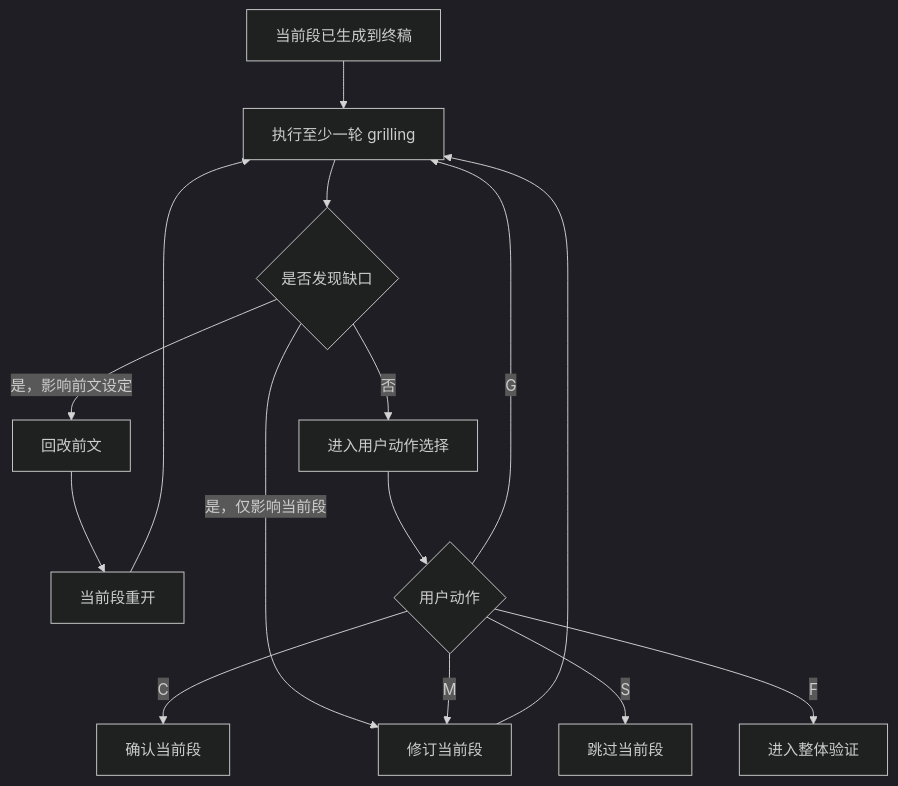
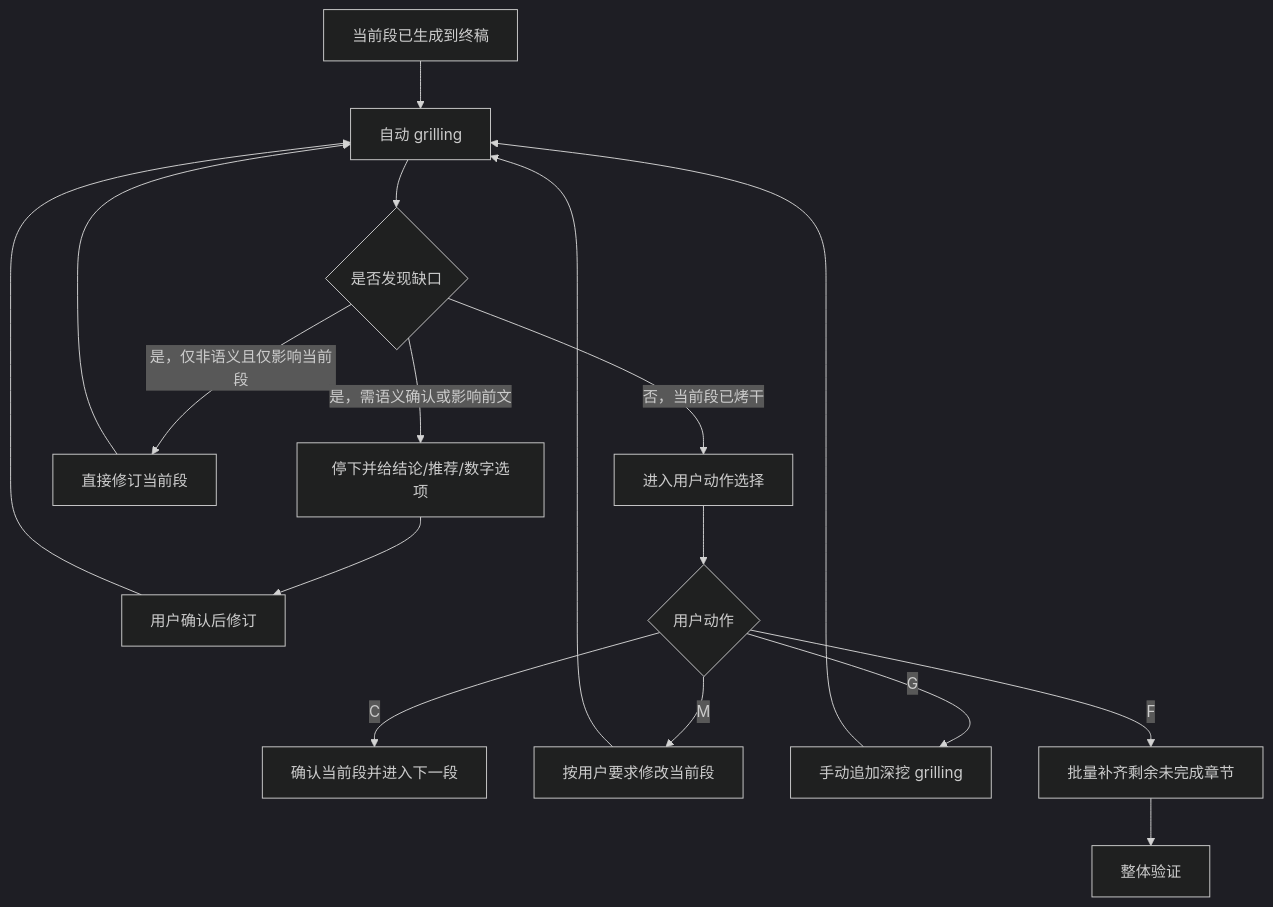
Before and after one commit to oleewen/ai-knowledge: the first of 2 diagrams in agent/skills/sdx-solution/references/gates.md, drawn with Mermaid (dark theme). The commit also changed other lines of this file and 13 other files, not shown here.

````diff
--- a/agent/skills/sdx-solution/references/gates.md
+++ b/agent/skills/sdx-solution/references/gates.md
@@ -21,18 +22,20 @@
 ```mermaid
 flowchart TD
-    A["当前段已生成到终稿"] --> B["执行至少一轮 grilling"]
+    A["当前段已生成到终稿"] --> B["自动 grilling"]
     B --> C{"是否发现缺口"}
-    C -->|否| D["进入用户动作选择"]
-    C -->|是，仅影响当前段| E["修订当前段"]
-    C -->|是，影响前文设定| F["回改前文"]
+    C -->|否，当前段已烤干| D["进入用户动作选择"]
+    C -->|是，仅非语义且仅影响当前段| E["直接修订当前段"]
+    C -->|是，需语义确认或影响前文| F["停下并给结论/推荐/数字选项"]
     E --> B
-    F --> G["当前段重开"]
+    F --> G["用户确认后修订"]
     G --> B
 
     D --> H{"用户动作"}
-    H -->|C| I["确认当前段"]
-    H -->|M| E
-    H -->|G| B
-    H -->|S| J["跳过当前段"]
-    H -->|F| K["进入整体验证"]
+    H -->|C| I["确认当前段并进入下一段"]
+    H -->|M| J["按用户要求修改当前段"]
+    H -->|G| K["手动追加深挖 grilling"]
+    H -->|F| L["批量补齐剩余未完成章节"]
+    J --> B
+    K --> B
+    L --> M["整体验证"]
 ```
````
